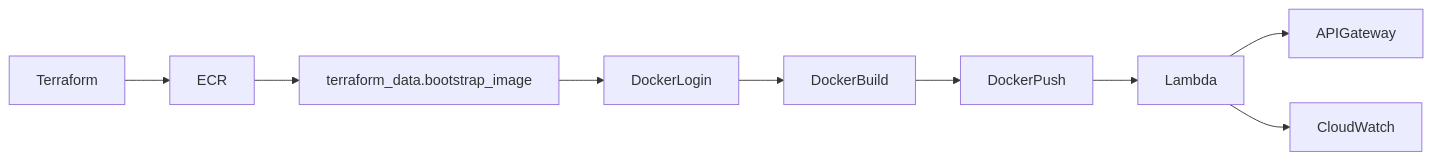
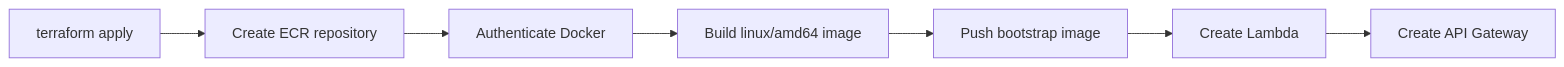
The second of 2 diagrams in README.md (rajskirajski/fuel-consumption-calculator), drawn with Mermaid before and after one commit. The commit also changed other lines of this file, not shown here.

Commit message:
Update project documentation and bootstrap example

````diff
--- a/README.md
+++ b/README.md
@@ -104,19 +56,9 @@
 ```mermaid
 flowchart LR
-
-Terraform --> ECR
-
-ECR --> Bootstrap["terraform_data.bootstrap_image"]
-
-Bootstrap --> DockerLogin
-
-DockerLogin --> DockerBuild
-
-DockerBuild --> DockerPush
-
-DockerPush --> Lambda
-
-Lambda --> APIGateway
-
-Lambda --> CloudWatch
+    Apply[terraform apply] --> ECR[Create ECR repository]
+    ECR --> Login[Authenticate Docker]
+    Login --> Build[Build linux/amd64 image]
+    Build --> Push[Push bootstrap image]
+    Push --> Lambda[Create Lambda]
+    Lambda --> API[Create API Gateway]
 ```
````
